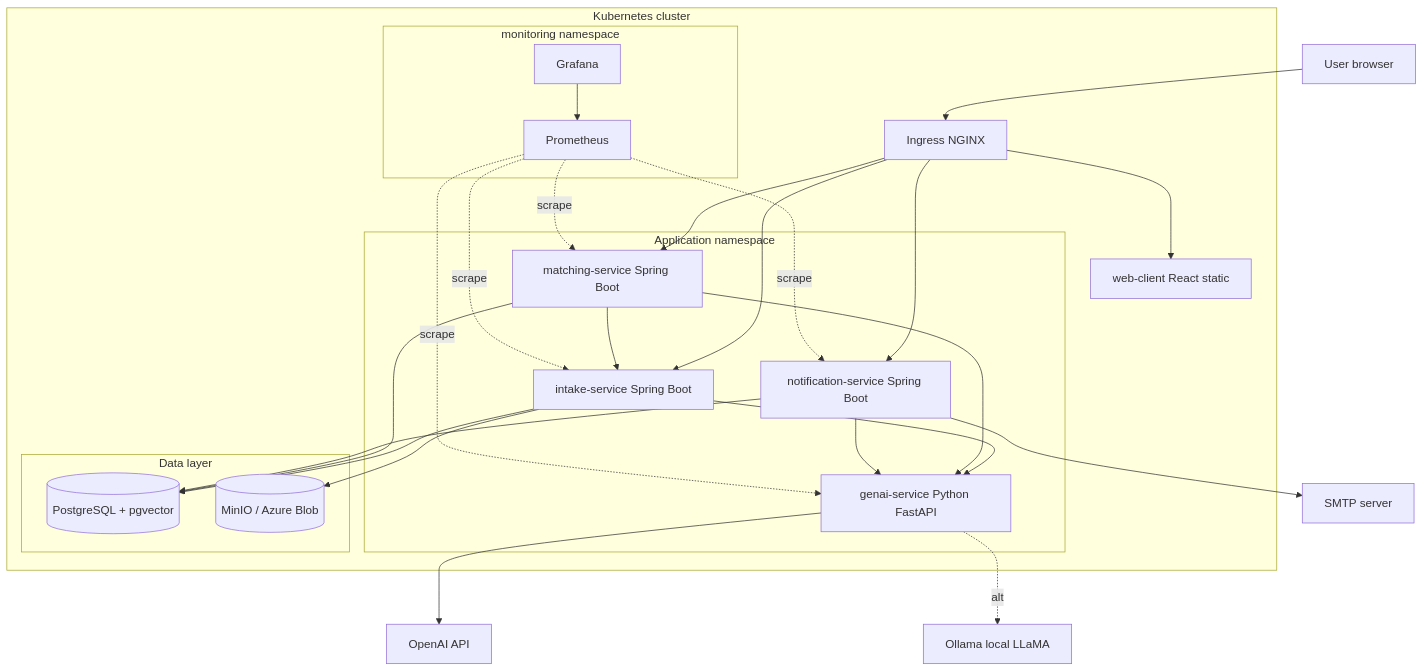
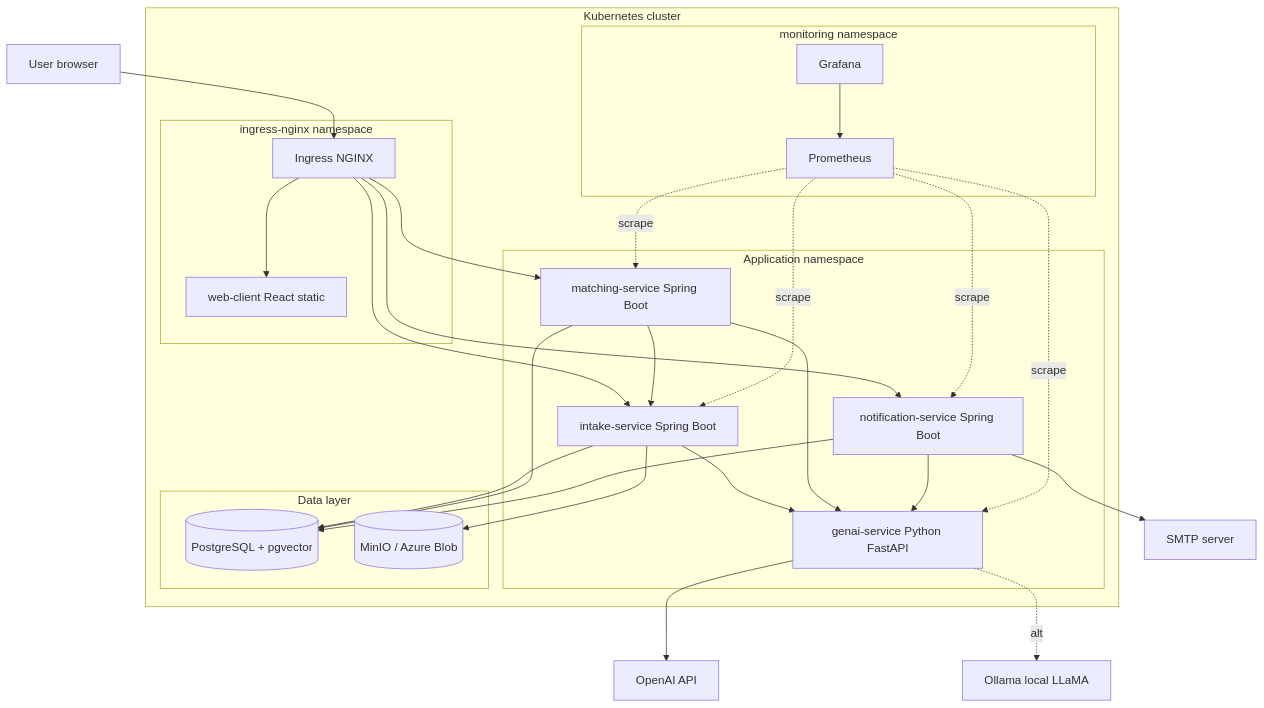
Before and after one commit to AET-DevOps26/team-chaos-monkeys: the third of 3 diagrams in docs/architecture.md, drawn with Mermaid.

Commit message:
Refactor Kubernetes architecture diagram structure

````diff
--- a/docs/architecture.md
+++ b/docs/architecture.md
@@ -190,55 +190,58 @@
 ```mermaid
 graph TB
     User[User browser]
 
     subgraph K8s [Kubernetes cluster]
-        Ingress[Ingress NGINX]
-        Web[web-client React static]
+        
+        subgraph IngressNS [ingress-nginx namespace]
+            Ingress[Ingress NGINX]
+            Web[web-client React static]
+        end
 
         subgraph App [Application namespace]
             Intake[intake-service Spring Boot]
             Match[matching-service Spring Boot]
             Notif[notification-service Spring Boot]
             GenAI[genai-service Python FastAPI]
         end
 
         subgraph Data [Data layer]
             PG[(PostgreSQL + pgvector)]
             Obj[(MinIO / Azure Blob)]
         end
 
         subgraph Mon [monitoring namespace]
             Prom[Prometheus]
             Graf[Grafana]
         end
     end
 
     LLMCloud[OpenAI API]
     LLMLocal[Ollama local LLaMA]
     SMTP[SMTP server]
 
     User --> Ingress
     Ingress --> Web
     Ingress --> Intake
     Ingress --> Match
     Ingress --> Notif
 
     Intake --> PG
     Intake --> Obj
     Intake --> GenAI
     Match --> PG
     Match --> Intake
     Match --> GenAI
     Notif --> PG
     Notif --> GenAI
     Notif --> SMTP
 
     GenAI --> LLMCloud
     GenAI -.alt.-> LLMLocal
 
     Prom -.scrape.-> Intake
     Prom -.scrape.-> Match
     Prom -.scrape.-> Notif
     Prom -.scrape.-> GenAI
     Graf --> Prom
 ```
````
